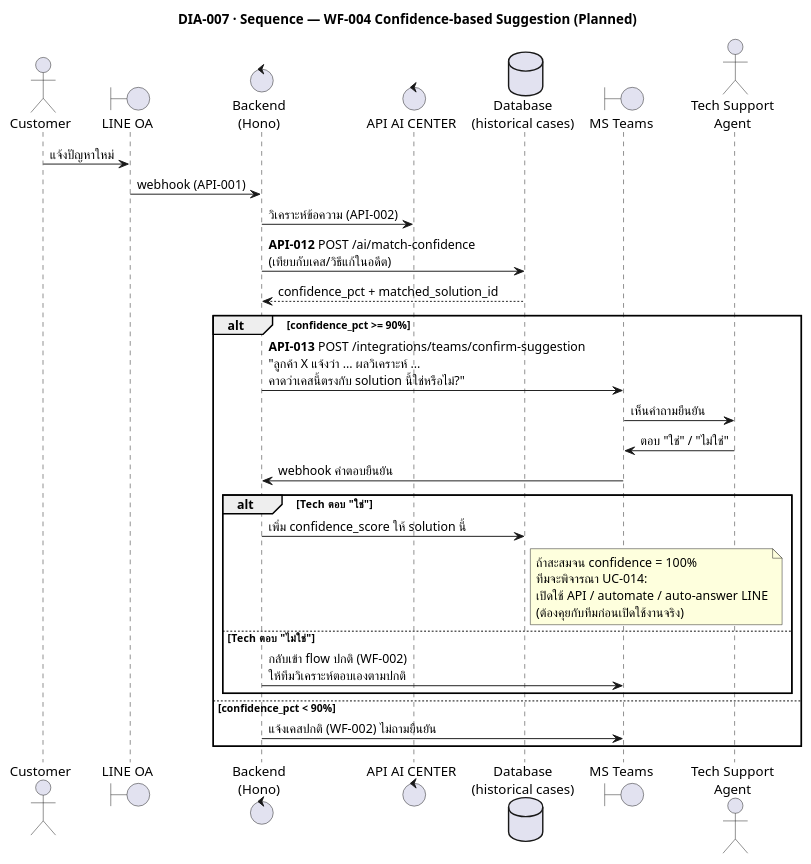
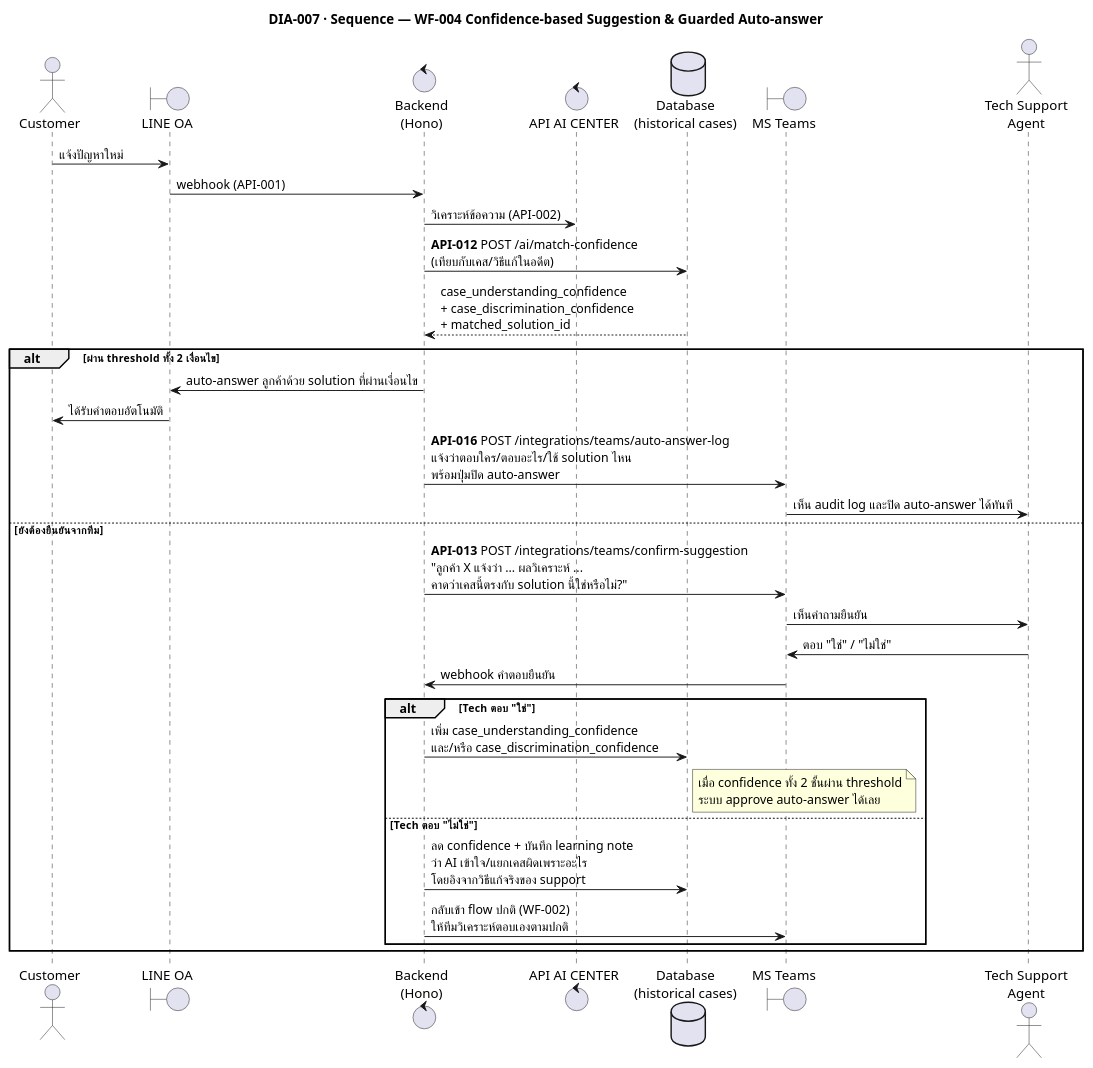
Before and after one commit to develyst1/the-off-ml-project-requirement: the diagram in diagrams/07-confidence-suggestion-seq.puml, drawn with PlantUML. The commit also changed 7 other files, not shown here.

First line of the commit message:
Enhance auto-answer functionality and update documentation

```diff
--- a/diagrams/07-confidence-suggestion-seq.puml
+++ b/diagrams/07-confidence-suggestion-seq.puml
@@ -1,39 +1,41 @@
 @startuml 07-confidence-suggestion-seq
-title DIA-007 · Sequence — WF-004 Confidence-based Suggestion (Planned)
+title DIA-007 · Sequence — WF-004 Confidence-based Suggestion & Guarded Auto-answer
 skinparam shadowing false
 
 actor Customer
 boundary "LINE OA" as LINE
 control "Backend\n(Hono)" as Backend
 control "API AI CENTER" as AI
 database "Database\n(historical cases)" as DB
 boundary "MS Teams" as Teams
 actor "Tech Support\nAgent" as Tech
 
 Customer -> LINE : แจ้งปัญหาใหม่
 LINE -> Backend : webhook (API-001)
 Backend -> AI : วิเคราะห์ข้อความ (API-002)
 Backend -> DB : **API-012** POST /ai/match-confidence\n(เทียบกับเคส/วิธีแก้ในอดีต)
-DB --> Backend : confidence_pct + matched_solution_id
+DB --> Backend : case_understanding_confidence\n+ case_discrimination_confidence\n+ matched_solution_id
 
-alt confidence_pct >= 90%
+alt ผ่าน threshold ทั้ง 2 เงื่อนไข
+  Backend -> LINE : auto-answer ลูกค้าด้วย solution ที่ผ่านเงื่อนไข
+  LINE -> Customer : ได้รับคำตอบอัตโนมัติ
+  Backend -> Teams : **API-016** POST /integrations/teams/auto-answer-log\nแจ้งว่าตอบใคร/ตอบอะไร/ใช้ solution ไหน\nพร้อมปุ่มปิด auto-answer
+  Teams -> Tech : เห็น audit log และปิด auto-answer ได้ทันที
+else ยังต้องยืนยันจากทีม
   Backend -> Teams : **API-013** POST /integrations/teams/confirm-suggestion\n"ลูกค้า X แจ้งว่า ... ผลวิเคราะห์ ... \nคาดว่าเคสนี้ตรงกับ solution นี้ใช่หรือไม่?"
   Teams -> Tech : เห็นคำถามยืนยัน
   Tech -> Teams : ตอบ "ใช่" / "ไม่ใช่"
   Teams -> Backend : webhook คำตอบยืนยัน
   alt Tech ตอบ "ใช่"
-    Backend -> DB : เพิ่ม confidence_score ให้ solution นี้
+    Backend -> DB : เพิ่ม case_understanding_confidence\nและ/หรือ case_discrimination_confidence
     note right of DB
-      ถ้าสะสมจน confidence = 100%
-      ทีมจะพิจารณา UC-014:
-      เปิดใช้ API / automate / auto-answer LINE
-      (ต้องคุยกับทีมก่อนเปิดใช้งานจริง)
+      เมื่อ confidence ทั้ง 2 ชั้นผ่าน threshold
+      ระบบ approve auto-answer ได้เลย
     end note
   else Tech ตอบ "ไม่ใช่"
+    Backend -> DB : ลด confidence + บันทึก learning note\nว่า AI เข้าใจ/แยกเคสผิดเพราะอะไร\nโดยอิงจากวิธีแก้จริงของ support
     Backend -> Teams : กลับเข้า flow ปกติ (WF-002)\nให้ทีมวิเคราะห์ตอบเองตามปกติ
   end
-else confidence_pct < 90%
-  Backend -> Teams : แจ้งเคสปกติ (WF-002) ไม่ถามยืนยัน
 end
 
 @enduml
```
